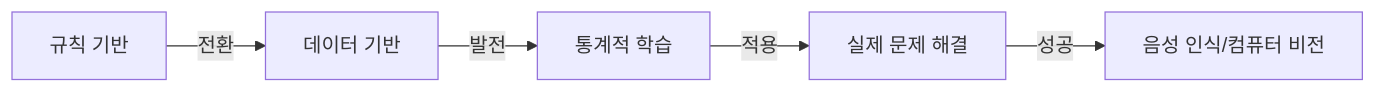
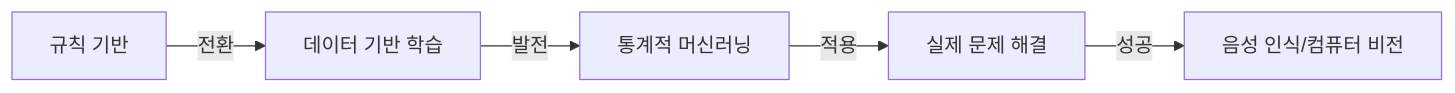
The third of 6 diagrams in content/posts/ai-timeline.md (koraiablog/koraiablog.github.io), drawn with Mermaid before and after one commit. The commit also changed other lines of this file and 59 other files, not shown here.

````diff
--- a/content/posts/ai-timeline.md
+++ b/content/posts/ai-timeline.md
@@ -144,7 +140,7 @@
 ```mermaid
 graph LR
-  A[규칙 기반] -->|전환| B[데이터 기반]
-  B -->|발전| C[통계적 학습]
+  A[규칙 기반] -->|전환| B[데이터 기반 학습]
+  B -->|발전| C[통계적 머신러닝]
   C -->|적용| D[실제 문제 해결]
   D -->|성공| E[음성 인식/컴퓨터 비전]
 ```
````
